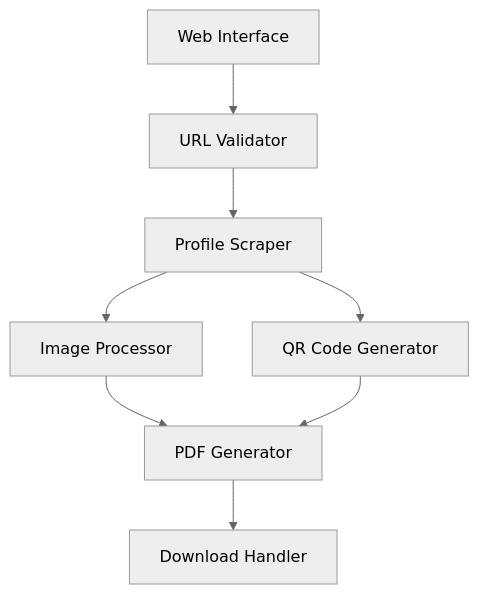
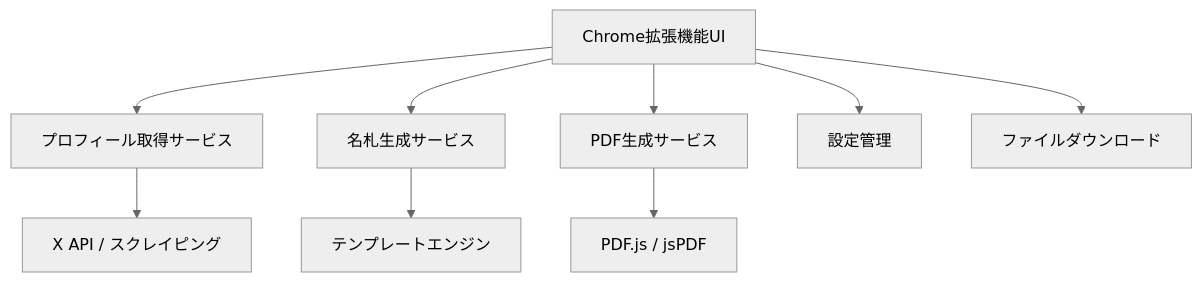
One commit to s4yuba/x-card-generator changed the diagram in .kiro/specs/x-profile-name-tag-generator/design.md. Above: the diagram before and after it, drawn with Mermaid (neutral theme). The commit also changed other lines of this file and 3 other files, not shown here.

````diff
--- a/.kiro/specs/x-profile-name-tag-generator/design.md
+++ b/.kiro/specs/x-profile-name-tag-generator/design.md
@@ -11,10 +11,11 @@
 ```mermaid
-graph TD
-    A[Web Interface] --> B[URL Validator]
-    B --> C[Profile Scraper]
-    C --> D[Image Processor]
-    C --> E[QR Code Generator]
-    D --> F[PDF Generator]
-    E --> F
-    F --> G[Download Handler]
+graph TB
+    A[Chrome拡張機能UI] --> B[プロフィール取得サービス]
+    A --> C[名札生成サービス]
+    A --> D[PDF生成サービス]
+    B --> E[X API / スクレイピング]
+    C --> F[テンプレートエンジン]
+    D --> G[PDF.js / jsPDF]
+    A --> H[設定管理]
+    A --> I[ファイルダウンロード]
 ```
````
